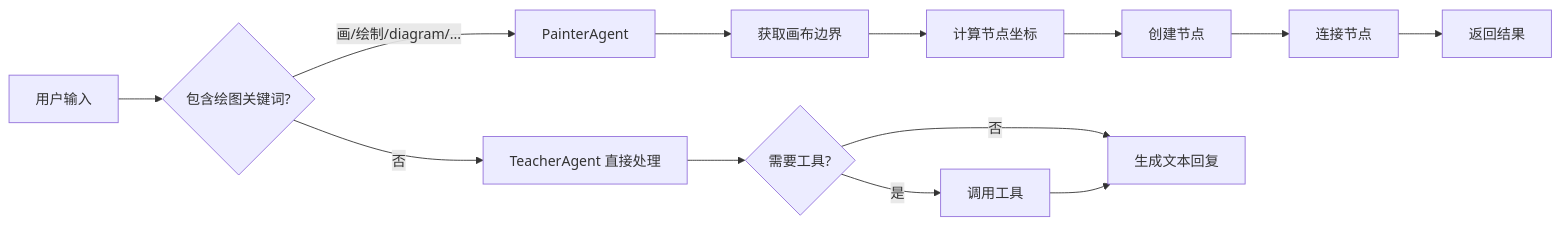
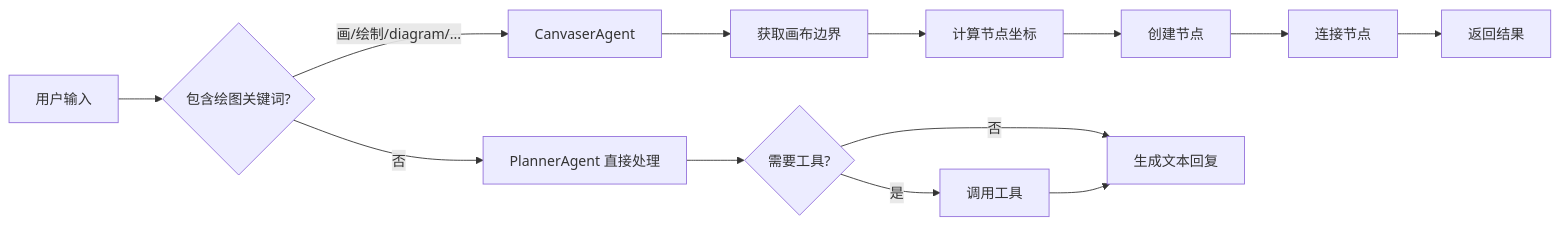
Before and after one commit to litroenade/SyncCanvas: the third of 4 diagrams in docs/ai_agent.md, drawn with Mermaid. The commit also changed other lines of this file and 1 other file, not shown here.

````diff
--- a/docs/ai_agent.md
+++ b/docs/ai_agent.md
@@ -116,17 +116,17 @@
 ```mermaid
 flowchart LR
     A[用户输入] --> B{包含绘图关键词?}
-    B -->|画/绘制/diagram/...| C[PainterAgent]
-    B -->|否| D[TeacherAgent 直接处理]
+    B -->|画/绘制/diagram/...| C[CanvaserAgent]
+    B -->|否| D[PlannerAgent 直接处理]
 
     C --> E[获取画布边界]
     E --> F[计算节点坐标]
     F --> G[创建节点]
     G --> H[连接节点]
     H --> I[返回结果]
 
     D --> J{需要工具?}
     J -->|是| K[调用工具]
     J -->|否| L[生成文本回复]
     K --> L
 ```
````
